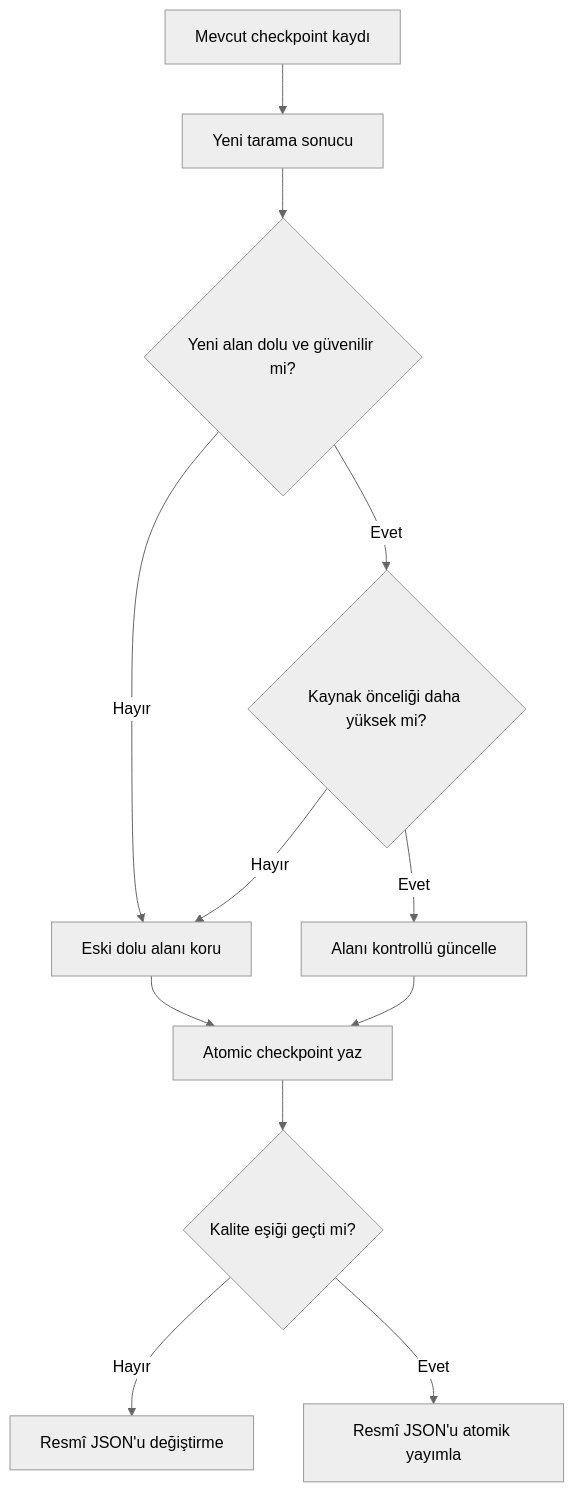
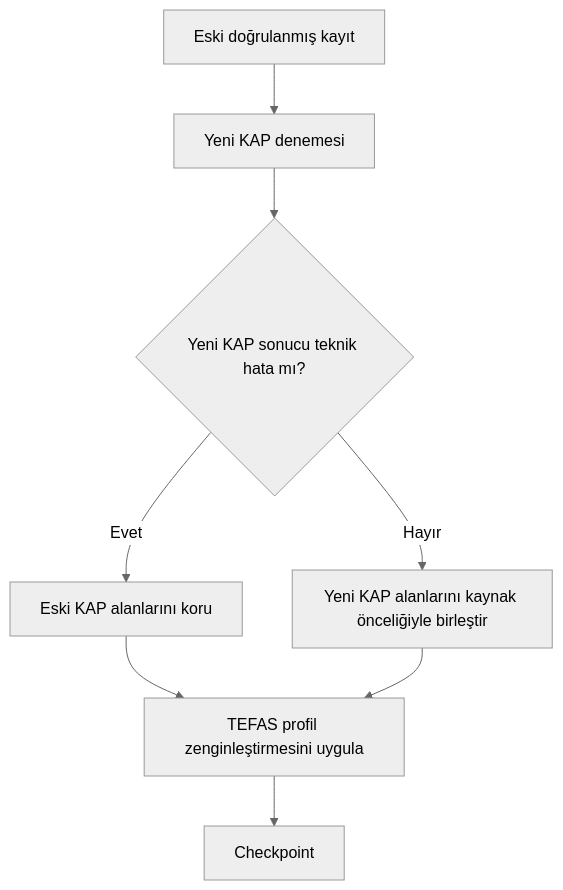
One commit to egemenkarabulut/PiyasaNabzi-KAP-YAT changed diagram 11 of 19 in README.md. Above: the diagram before and after it, drawn with Mermaid (neutral theme). The commit also changed other lines of this file and 8 other files, not shown here.

````diff
--- a/README.md
+++ b/README.md
@@ -357,14 +425,10 @@
 ```mermaid
 flowchart TD
-    A["Mevcut checkpoint kaydı"] --> B["Yeni tarama sonucu"]
-    B --> C{"Yeni alan dolu ve güvenilir mi?"}
-    C -- "Hayır" --> D["Eski dolu alanı koru"]
-    C -- "Evet" --> E{"Kaynak önceliği daha yüksek mi?"}
-    E -- "Hayır" --> D
-    E -- "Evet" --> F["Alanı kontrollü güncelle"]
-    D --> G["Atomic checkpoint yaz"]
-    F --> G
-    G --> H{"Kalite eşiği geçti mi?"}
-    H -- "Hayır" --> I["Resmî JSON'u değiştirme"]
-    H -- "Evet" --> J["Resmî JSON'u atomik yayımla"]
+    A["Eski doğrulanmış kayıt"] --> B["Yeni KAP denemesi"]
+    B --> C{"Yeni KAP sonucu teknik hata mı?"}
+    C -- "Evet" --> D["Eski KAP alanlarını koru"]
+    C -- "Hayır" --> E["Yeni KAP alanlarını kaynak önceliğiyle birleştir"]
+    D --> F["TEFAS profil zenginleştirmesini uygula"]
+    E --> F
+    F --> G["Checkpoint"]
 ```
````
